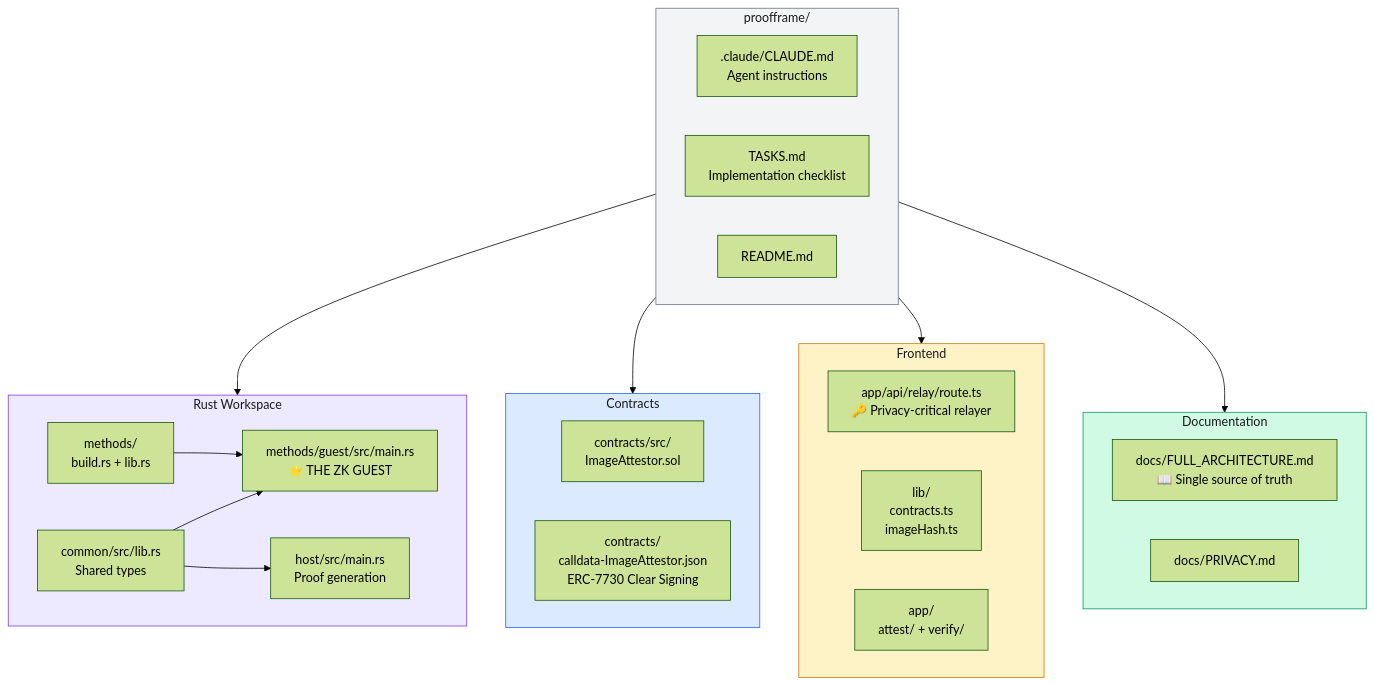
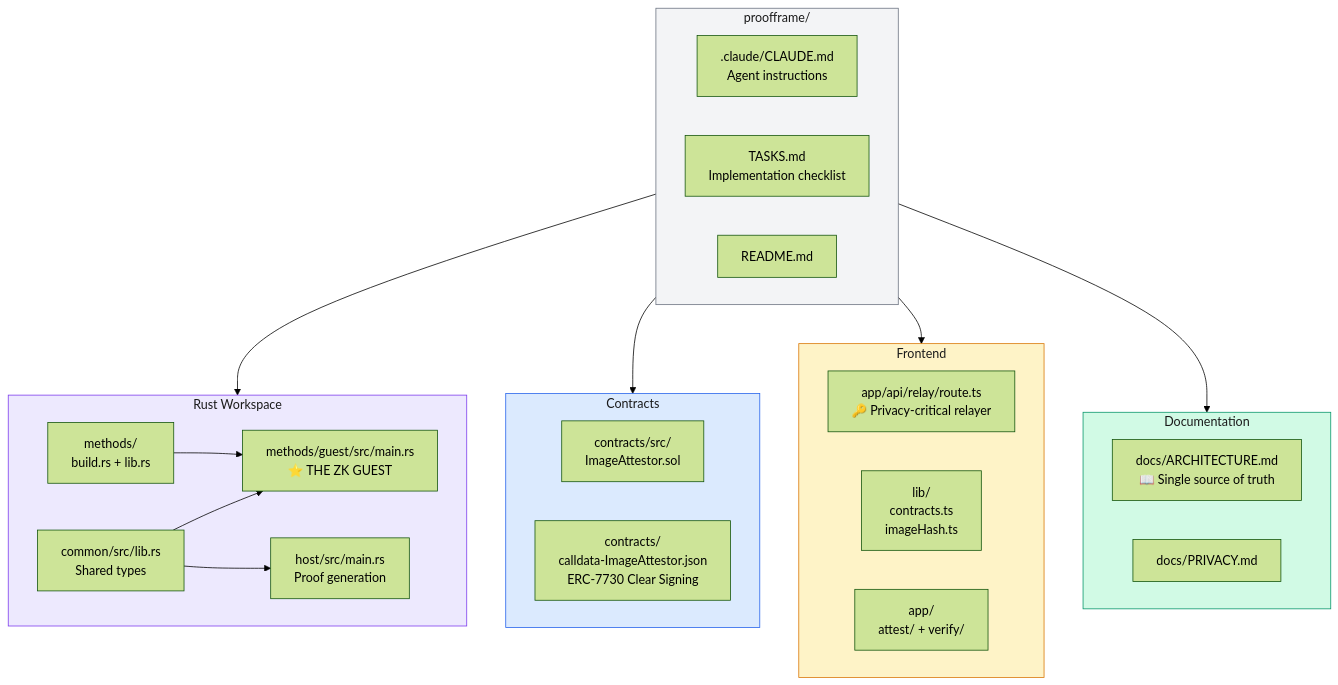
Before and after one commit to pycckuu/proof-frame: diagram 11 of 13 in docs/DIAGRAMS.md, drawn with Mermaid (forest theme). The commit also changed other lines of this file and 8 other files, not shown here.

````diff
--- a/docs/DIAGRAMS.md
+++ b/docs/DIAGRAMS.md
@@ -421,46 +398,46 @@
 ```mermaid
 graph TB
     subgraph ROOT["proofframe/"]
         CLAUDE[".claude/CLAUDE.md<br/>Agent instructions"]
         TASKS["TASKS.md<br/>Implementation checklist"]
         README["README.md"]
     end
 
     subgraph RUST["Rust Workspace"]
         COMMON["common/src/lib.rs<br/>Shared types"]
         GUEST["methods/guest/src/main.rs<br/>⭐ THE ZK GUEST"]
         HOST["host/src/main.rs<br/>Proof generation"]
         METHODS["methods/<br/>build.rs + lib.rs"]
     end
 
     subgraph SOL["Contracts"]
         ATTEST["contracts/src/<br/>ImageAttestor.sol"]
         CLEAR["contracts/<br/>calldata-ImageAttestor.json<br/>ERC-7730 Clear Signing"]
     end
 
     subgraph FRONT["Frontend"]
         RELAY_API["app/api/relay/route.ts<br/>🔑 Privacy-critical relayer"]
         LIB["lib/<br/>contracts.ts<br/>imageHash.ts"]
         PAGES["app/<br/>attest/ + verify/"]
     end
 
     subgraph DOCS["Documentation"]
-        ARCH["docs/FULL_ARCHITECTURE.md<br/>📖 Single source of truth"]
+        ARCH["docs/ARCHITECTURE.md<br/>📖 Single source of truth"]
         PRIV["docs/PRIVACY.md"]
     end
 
     ROOT --> RUST
     ROOT --> SOL
     ROOT --> FRONT
     ROOT --> DOCS
 
     COMMON --> GUEST
     COMMON --> HOST
     METHODS --> GUEST
 
     style ROOT fill:#f3f4f6,stroke:#6b7280,color:#1a1a1a
     style RUST fill:#ede9fe,stroke:#7c3aed,color:#1a1a1a
     style SOL fill:#dbeafe,stroke:#2563eb,color:#1a1a1a
     style FRONT fill:#fef3c7,stroke:#d97706,color:#1a1a1a
     style DOCS fill:#d1fae5,stroke:#059669,color:#1a1a1a
 ```
````
